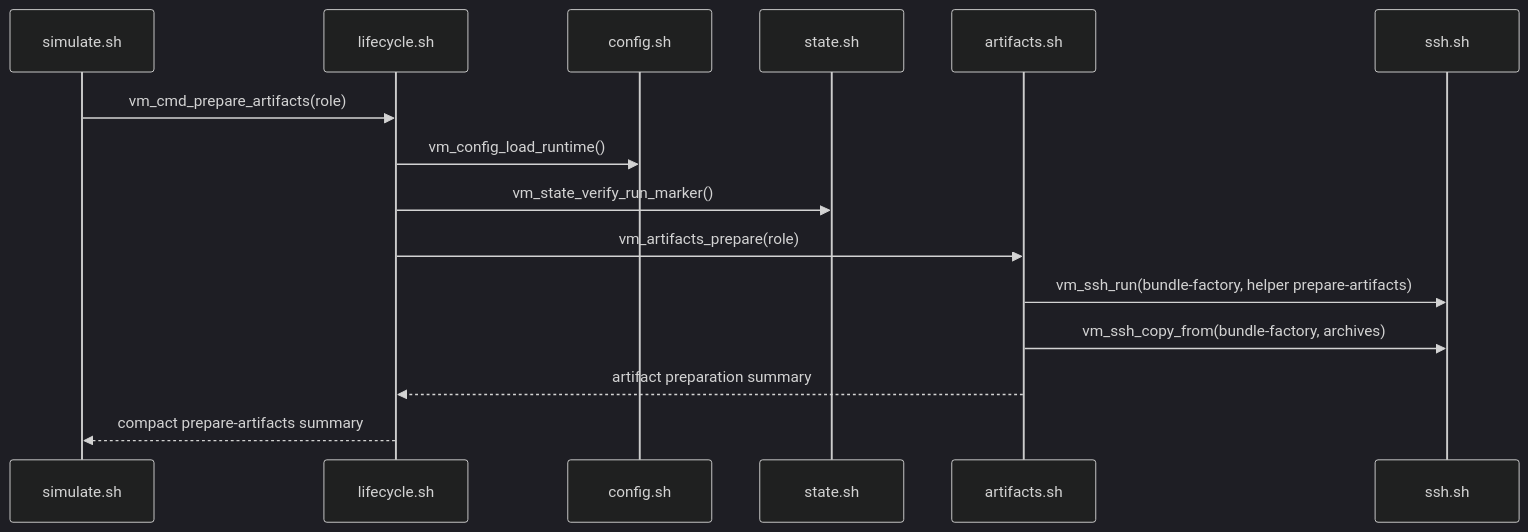
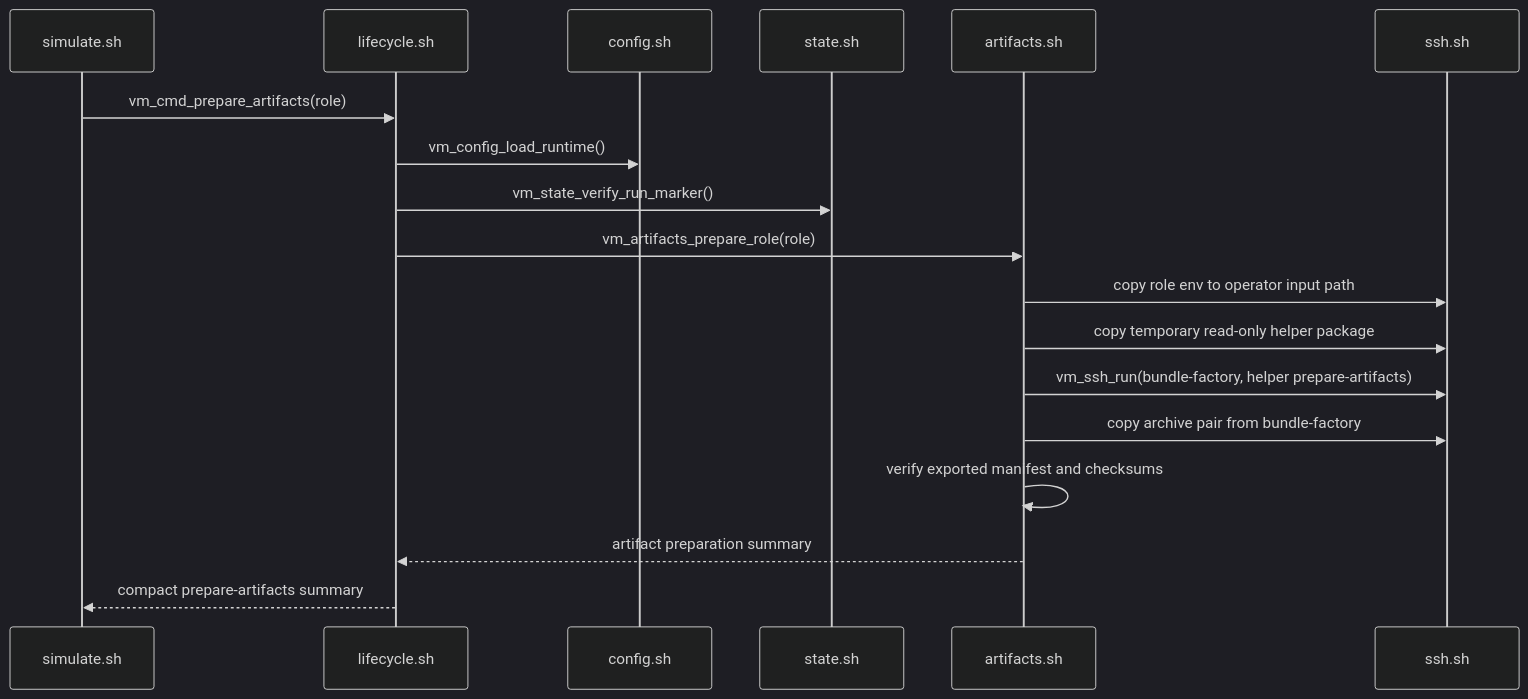
Before and after one commit to NoNine/loopforge: the seventh of 19 diagrams in simulation/vm/sequences.md, drawn with Mermaid (dark theme). The commit also changed other lines of this file and 10 other files, not shown here.

````diff
--- a/simulation/vm/sequences.md
+++ b/simulation/vm/sequences.md
@@ -140,18 +140,21 @@
 ```mermaid
 sequenceDiagram
   participant CLI as simulate.sh
   participant LC as lifecycle.sh
   participant CFG as config.sh
   participant ST as state.sh
   participant ART as artifacts.sh
   participant SSH as ssh.sh
 
   CLI->>LC: vm_cmd_prepare_artifacts(role)
   LC->>CFG: vm_config_load_runtime()
   LC->>ST: vm_state_verify_run_marker()
-  LC->>ART: vm_artifacts_prepare(role)
+  LC->>ART: vm_artifacts_prepare_role(role)
+  ART->>SSH: copy role env to operator input path
+  ART->>SSH: copy temporary read-only helper package
   ART->>SSH: vm_ssh_run(bundle-factory, helper prepare-artifacts)
-  ART->>SSH: vm_ssh_copy_from(bundle-factory, archives)
+  ART->>SSH: copy archive pair from bundle-factory
+  ART->>ART: verify exported manifest and checksums
   ART-->>LC: artifact preparation summary
   LC-->>CLI: compact prepare-artifacts summary
 ```
````
